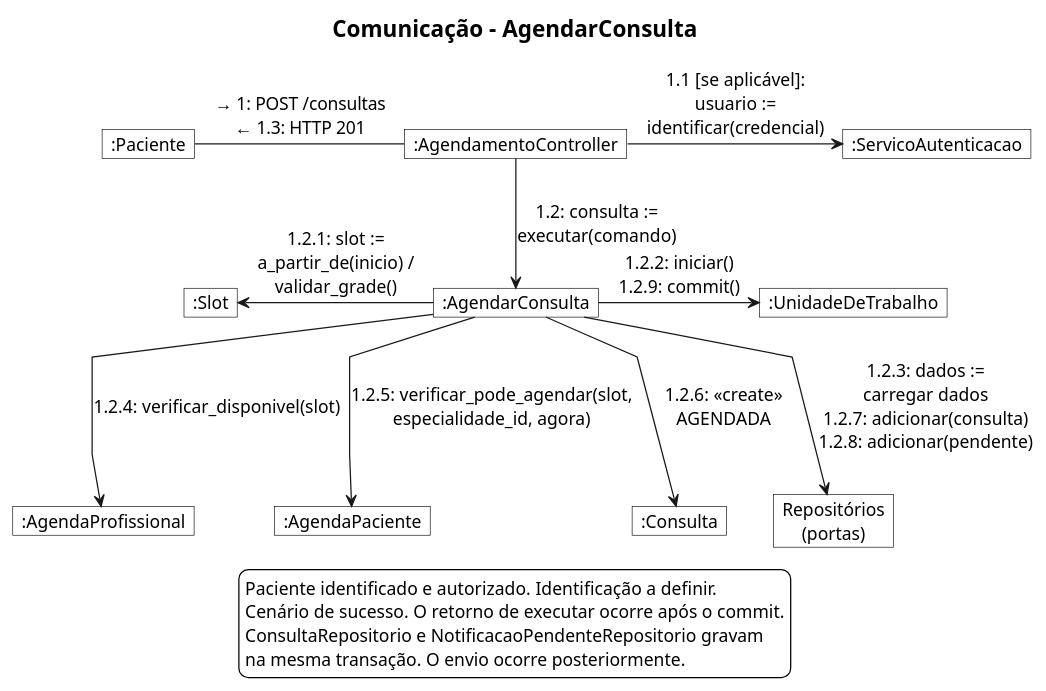
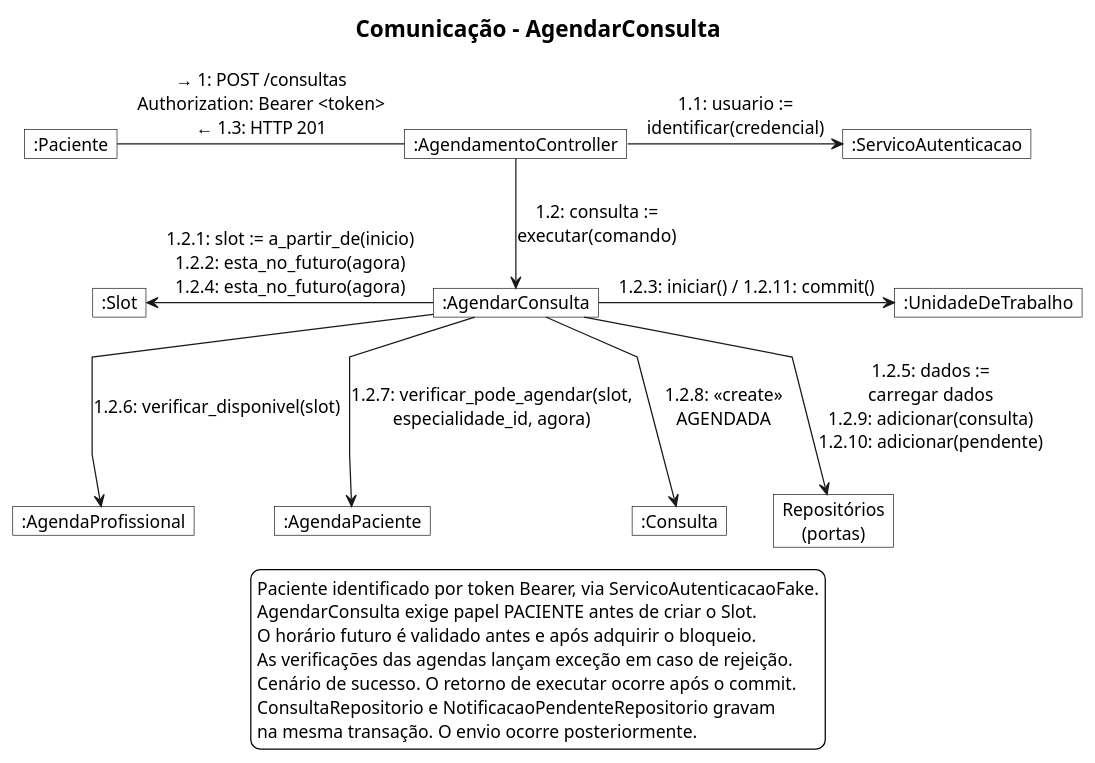
The diagram in docs/diagramas/comunicacao.puml (luizeduarte/agenda-clinica), drawn with PlantUML before and after one commit. The commit also changed 11 other files, not shown here.

First line of the commit message:
[FIX] Alinhamento dos diagramas com o código

```diff
--- a/docs/diagramas/comunicacao.puml
+++ b/docs/diagramas/comunicacao.puml
@@ -1,55 +1,58 @@
 @startuml comunicacao
 
 skinparam monochrome true
 skinparam backgroundColor white
 skinparam objectBackgroundColor white
 skinparam objectBorderColor black
 skinparam legendBackgroundColor white
 skinparam legendBorderColor black
 hide empty members
 skinparam shadowing false
 skinparam defaultFontName SansSerif
 skinparam defaultFontSize 14
 skinparam titleFontSize 18
 skinparam nodesep 30
 skinparam ranksep 64
 skinparam linetype polyline
 
 title Comunicação - AgendarConsulta
 
 object ":AgendamentoController" as C
 object ":ServicoAutenticacao" as Auth
 object ":AgendarConsulta" as UC
 object ":Slot" as Horario
 object ":UnidadeDeTrabalho" as UoW
 object "Repositórios\n(portas)" as Repos
 object ":AgendaProfissional" as AP
 object ":AgendaPaciente" as AC
 object ":Consulta" as Cons
 object ":Paciente" as P
 
-P -right- C : → 1: POST /consultas\n← 1.3: HTTP 201
-C -right-> Auth : 1.1 [se aplicável]:\nusuario :=\nidentificar(credencial)
+P -right- C : → 1: POST /consultas\nAuthorization: Bearer <token>\n← 1.3: HTTP 201
+C -right-> Auth : 1.1: usuario :=\nidentificar(credencial)
 C -down-> UC : 1.2: consulta :=\nexecutar(comando)
 
-UC -left-> Horario : 1.2.1: slot :=\na_partir_de(inicio) /\nvalidar_grade()
-UC -right-> UoW : 1.2.2: iniciar()\n1.2.9: commit()
+UC -left-> Horario : 1.2.1: slot := a_partir_de(inicio)\n1.2.2: esta_no_futuro(agora)\n1.2.4: esta_no_futuro(agora)
+UC -right-> UoW : 1.2.3: iniciar() / 1.2.11: commit()
 ' O participante Repositórios agrupa portas distintas para compactar o desenho.
-UC -down-> Repos : 1.2.3: dados :=\ncarregar dados\n1.2.7: adicionar(consulta)\n1.2.8: adicionar(pendente)
-UC -down-> AP : 1.2.4: verificar_disponivel(slot)
-UC -down-> AC : 1.2.5: verificar_pode_agendar(slot,\nespecialidade_id, agora)
-UC -down-> Cons : 1.2.6: «create»\nAGENDADA
+UC -down-> Repos : 1.2.5: dados :=\ncarregar dados\n1.2.9: adicionar(consulta)\n1.2.10: adicionar(pendente)
+UC -down-> AP : 1.2.6: verificar_disponivel(slot)
+UC -down-> AC : 1.2.7: verificar_pode_agendar(slot,\nespecialidade_id, agora)
+UC -down-> Cons : 1.2.8: «create»\nAGENDADA
 
 ' As ligações ocultas alinham os participantes abaixo do caso de uso.
 AP -[hidden]right-> AC
 AC -[hidden]right-> Cons
 Cons -[hidden]right-> Repos
 
 legend bottom
-  Paciente identificado e autorizado. Identificação a definir.
+  Paciente identificado por token Bearer, via ServicoAutenticacaoFake.
+  AgendarConsulta exige papel PACIENTE antes de criar o Slot.
+  O horário futuro é validado antes e após adquirir o bloqueio.
+  As verificações das agendas lançam exceção em caso de rejeição.
   Cenário de sucesso. O retorno de executar ocorre após o commit.
   ConsultaRepositorio e NotificacaoPendenteRepositorio gravam
   na mesma transação. O envio ocorre posteriormente.
 endlegend
 
 @enduml
```
